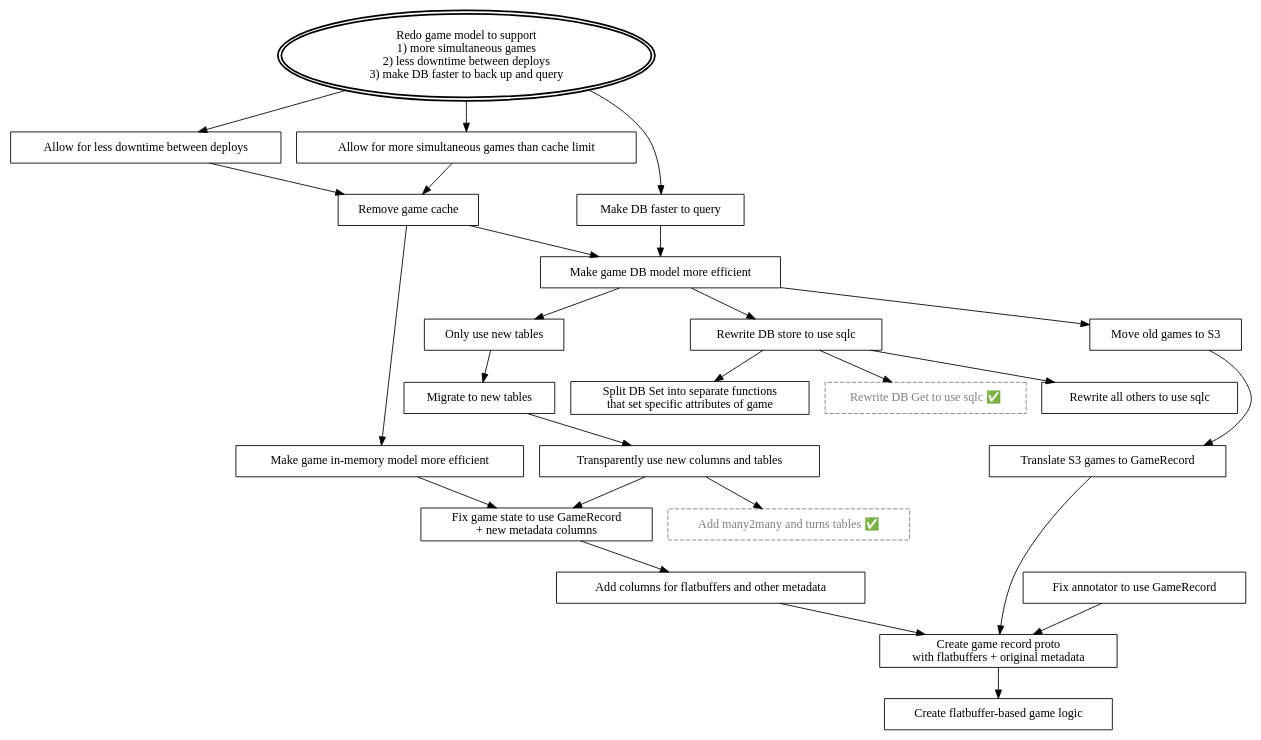
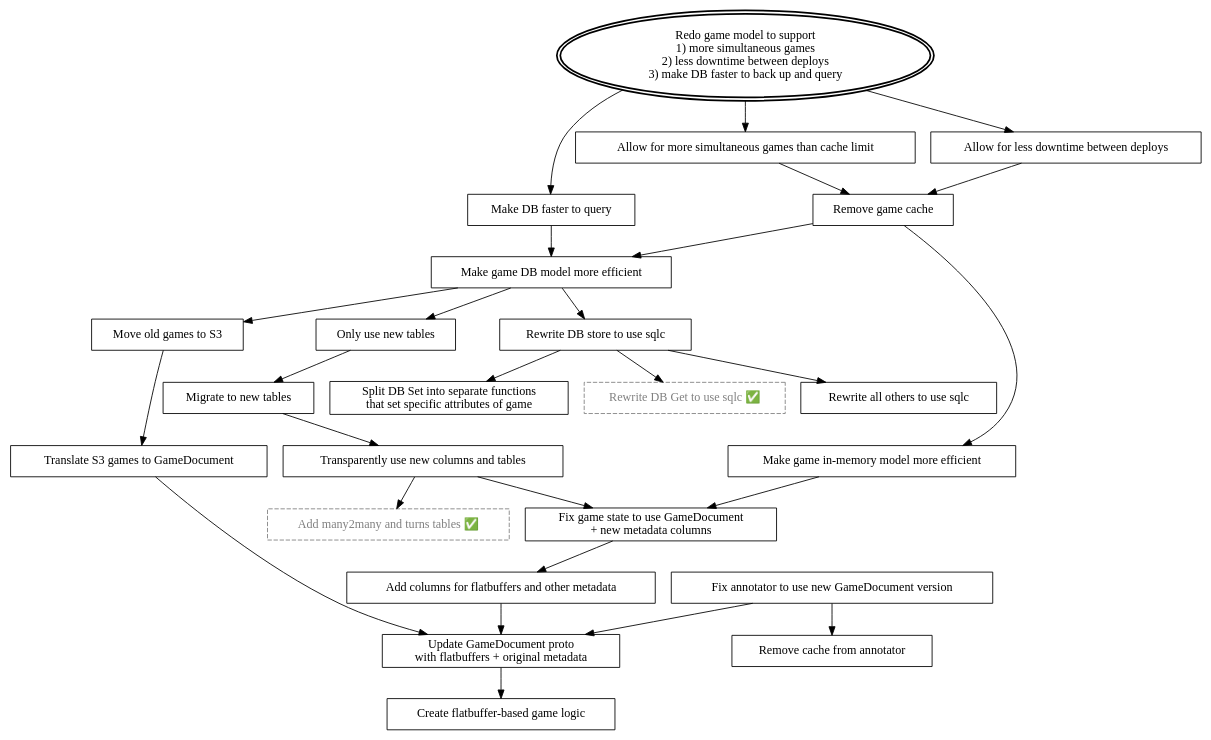
One commit to woogles-io/liwords changed the diagram in docs/mikado/remove-game-caches.dot. Above: the diagram before and after it, drawn with Graphviz. The commit also changed 49 other files, not shown here.

```diff
--- a/docs/mikado/remove-game-caches.dot
+++ b/docs/mikado/remove-game-caches.dot
@@ -1,63 +1,64 @@
 digraph RedoGameModel {
     Goal [label="Redo game model to support\n1) more simultaneous games\n2) less downtime between deploys\n3) make DB faster to back up and query";
     shape=oval, peripheries=2, style=bold];
 
     // Define a reusable style for "checked nodes"  ✅
     node [shape=box, color=gray, fontcolor=gray, style=dashed];
     DBGet [label="Rewrite DB Get to use sqlc ✅"];
     AddOtherTables [label="Add many2many and turns tables ✅"];
 
     // Reset to default for other uncompleted nodes
     node [shape=box, color=black, fontcolor=black, style=solid];
 
     MoreSimultaneousGames [label="Allow for more simultaneous games than cache limit"];
     LessDowntimeBetweenDeploys [label="Allow for less downtime between deploys"];
     MakeDBFaster [label="Make DB faster to query"];
 
 
     OnlyUseOtherTables [label="Only use new tables"];
     MigrateToNewTables [label="Migrate to new tables"];
     UseOtherTables [label="Transparently use new columns and tables"];
     RemoveGameCache [label="Remove game cache"];
     EfficientTable [label="Make game DB model more efficient"];
     EfficientGameMemoryModel [label="Make game in-memory model more efficient"];
     FlatBuffersForGames [label="Create flatbuffer-based game logic"];
     OldGamesInS3 [label="Move old games to S3"];
-    TranslateToGameRecord [label="Translate S3 games to GameRecord"];
+    TranslateToGameDocument [label="Translate S3 games to GameDocument"];
     SQLCDBStore [label="Rewrite DB store to use sqlc"];
     SQLCOtherFuncs [label="Rewrite all others to use sqlc"];
     DBSetSplit [label="Split DB Set into separate functions\nthat set specific attributes of game"];
-    FixAnnotatorToUseGameRecord [label="Fix annotator to use GameRecord"];
-    FixGameStateToUseGameRecord [label="Fix game state to use GameRecord\n + new metadata columns"];
+    FixAnnotatorToUseNewGameDocument [label="Fix annotator to use new GameDocument version" ];
+    FixGameStateToUseGameDocument [label="Fix game state to use GameDocument\n + new metadata columns"];
     AddColumnsForFBAndOtherMetadata [label="Add columns for flatbuffers and other metadata"];
-    CreateGameRecordProto [label="Create game record proto\nwith flatbuffers + original metadata"];
+    UpdateGameDocumentProto [label="Update GameDocument proto\nwith flatbuffers + original metadata"];
+    RemoveCacheFromAnnotator [label="Remove cache from annotator"];
     // Arrows
     Goal -> MoreSimultaneousGames;
     Goal -> LessDowntimeBetweenDeploys;
     Goal -> MakeDBFaster;
 
     MoreSimultaneousGames -> RemoveGameCache;
     LessDowntimeBetweenDeploys -> RemoveGameCache;
     MakeDBFaster -> EfficientTable;
 
     RemoveGameCache -> EfficientTable;
     RemoveGameCache -> EfficientGameMemoryModel;
-    EfficientGameMemoryModel -> FixGameStateToUseGameRecord;
+    EfficientGameMemoryModel -> FixGameStateToUseGameDocument;
     EfficientTable-> OnlyUseOtherTables;
-    FixGameStateToUseGameRecord -> AddColumnsForFBAndOtherMetadata;
-    CreateGameRecordProto -> FlatBuffersForGames;
+    FixGameStateToUseGameDocument -> AddColumnsForFBAndOtherMetadata;
+    UpdateGameDocumentProto -> FlatBuffersForGames;
     OnlyUseOtherTables -> MigrateToNewTables;
     MigrateToNewTables -> UseOtherTables;
     EfficientTable -> SQLCDBStore;
     EfficientTable -> OldGamesInS3;
-    OldGamesInS3 -> TranslateToGameRecord;
-    TranslateToGameRecord -> CreateGameRecordProto;
+    OldGamesInS3 -> TranslateToGameDocument;
+    TranslateToGameDocument -> UpdateGameDocumentProto;
     UseOtherTables -> AddOtherTables;
-    UseOtherTables -> FixGameStateToUseGameRecord;
-    AddColumnsForFBAndOtherMetadata -> CreateGameRecordProto;
+    UseOtherTables -> FixGameStateToUseGameDocument;
+    AddColumnsForFBAndOtherMetadata -> UpdateGameDocumentProto;
     SQLCDBStore -> DBGet;
     SQLCDBStore -> DBSetSplit;
     SQLCDBStore -> SQLCOtherFuncs;
-    FixAnnotatorToUseGameRecord -> CreateGameRecordProto;
-
+    FixAnnotatorToUseNewGameDocument -> UpdateGameDocumentProto;
+    FixAnnotatorToUseNewGameDocument -> RemoveCacheFromAnnotator;
 }
```
